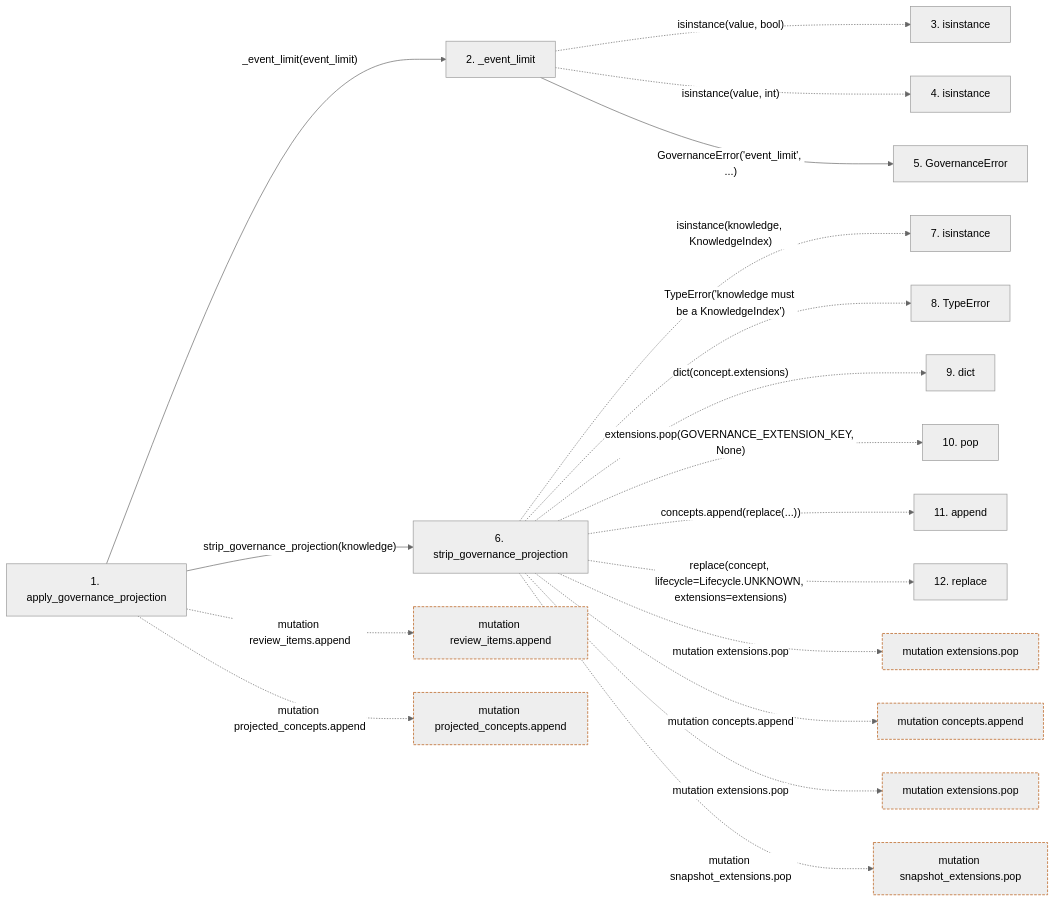
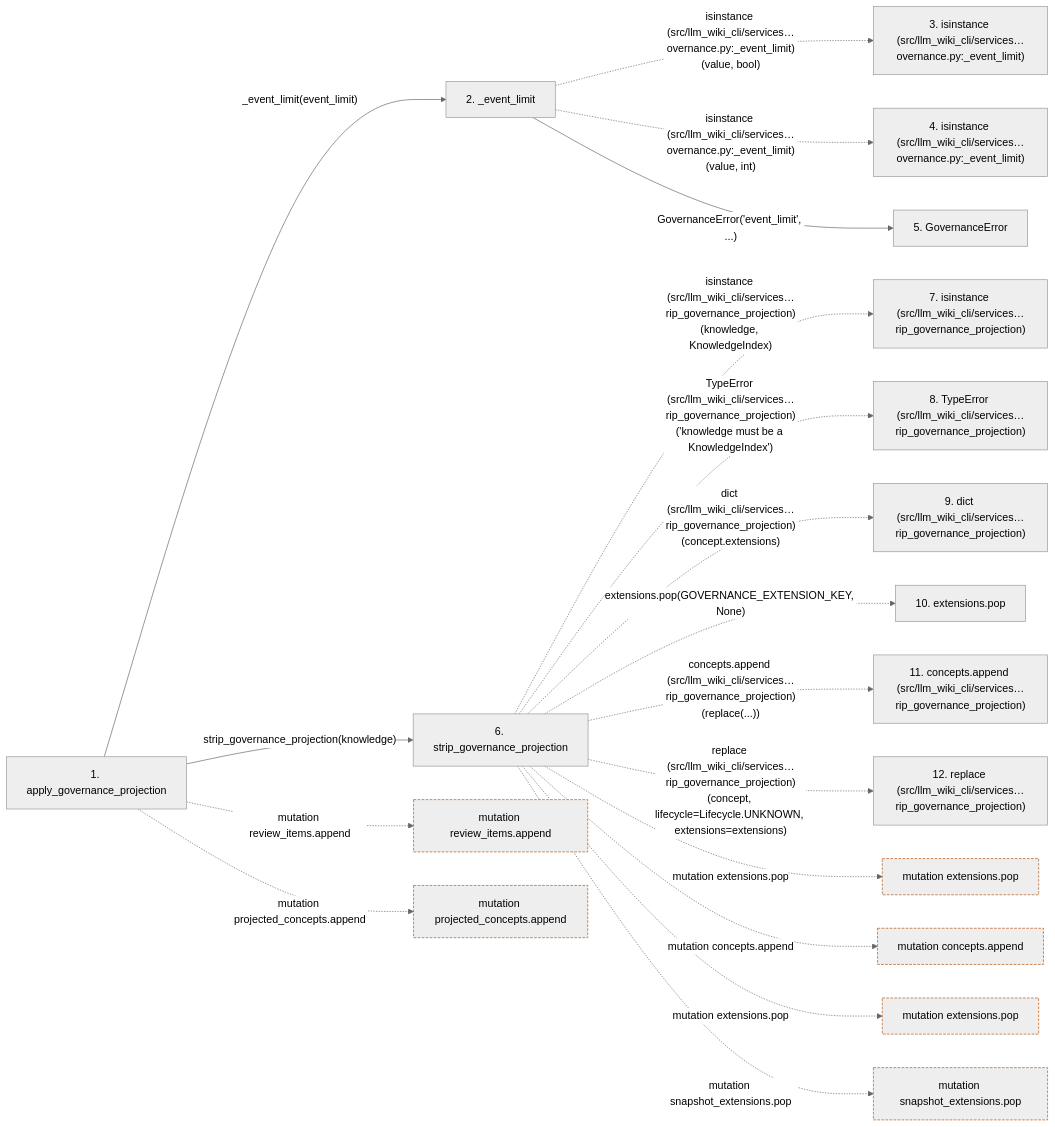
The second of 2 diagrams in docs/llm_wiki/flows/api-apply_governance_projection.md (Denissvgn/python-wiki-llm), drawn with Mermaid (neutral theme) before and after one commit. The commit also changed other lines of this file and 719 other files, not shown here.

````diff
--- a/docs/llm_wiki/flows/api-apply_governance_projection.md
+++ b/docs/llm_wiki/flows/api-apply_governance_projection.md
@@ -78,49 +83,49 @@
 ```mermaid
 flowchart LR
     s1["1. apply_governance_projection"]
     s2["2. _event_limit"]
-    s3["3. isinstance"]
-    s4["4. isinstance"]
+    s3["3. isinstance (src/llm_wiki_cli/services…overnance.py:_event_limit)"]
+    s4["4. isinstance (src/llm_wiki_cli/services…overnance.py:_event_limit)"]
     s5["5. GovernanceError"]
     s6["6. strip_governance_projection"]
-    s7["7. isinstance"]
-    s8["8. TypeError"]
-    s9["9. dict"]
-    s10["10. pop"]
-    s11["11. append"]
-    s12["12. replace"]
+    s7["7. isinstance (src/llm_wiki_cli/services…rip_governance_projection)"]
+    s8["8. TypeError (src/llm_wiki_cli/services…rip_governance_projection)"]
+    s9["9. dict (src/llm_wiki_cli/services…rip_governance_projection)"]
+    s10["10. extensions.pop"]
+    s11["11. concepts.append (src/llm_wiki_cli/services…rip_governance_projection)"]
+    s12["12. replace (src/llm_wiki_cli/services…rip_governance_projection)"]
     s1 -->|"_event_limit(event_limit)"| s2
-    s2 -. "isinstance(value, bool)" .-> s3
-    s2 -. "isinstance(value, int)" .-> s4
+    s2 -. "isinstance (src/llm_wiki_cli/services…overnance.py:_event_limit)(value, bool)" .-> s3
+    s2 -. "isinstance (src/llm_wiki_cli/services…overnance.py:_event_limit)(value, int)" .-> s4
     s2 -->|"GovernanceError('event_limit', ...)"| s5
     s1 -->|"strip_governance_projection(knowledge)"| s6
-    s6 -. "isinstance(knowledge, KnowledgeIndex)" .-> s7
-    s6 -. "TypeError('knowledge must be a KnowledgeIndex')" .-> s8
-    s6 -. "dict(concept.extensions)" .-> s9
+    s6 -. "isinstance (src/llm_wiki_cli/services…rip_governance_projection)(knowledge, KnowledgeIndex)" .-> s7
+    s6 -. "TypeError (src/llm_wiki_cli/services…rip_governance_projection)('knowledge must be a KnowledgeIndex')" .-> s8
+    s6 -. "dict (src/llm_wiki_cli/services…rip_governance_projection)(concept.extensions)" .-> s9
     s6 -. "extensions.pop(GOVERNANCE_EXTENSION_KEY, None)" .-> s10
-    s6 -. "concepts.append(replace(...))" .-> s11
-    s6 -. "replace(concept, lifecycle=Lifecycle.UNKNOWN, extensions=extensions)" .-> s12
+    s6 -. "concepts.append (src/llm_wiki_cli/services…rip_governance_projection)(replace(...))" .-> s11
+    s6 -. "replace (src/llm_wiki_cli/services…rip_governance_projection)(concept, lifecycle=Lifecycle.UNKNOWN, extensions=extensions)" .-> s12
     b0["mutation review_items.append"]
     s1 -. "mutation review_items.append" .-> b0
     b1["mutation projected_concepts.append"]
     s1 -. "mutation projected_concepts.append" .-> b1
     b2["mutation extensions.pop"]
     s6 -. "mutation extensions.pop" .-> b2
     b3["mutation concepts.append"]
     s6 -. "mutation concepts.append" .-> b3
     b4["mutation extensions.pop"]
     s6 -. "mutation extensions.pop" .-> b4
     b5["mutation snapshot_extensions.pop"]
     s6 -. "mutation snapshot_extensions.pop" .-> b5
     click s1 "../modules/knowledge_governance.md"
     click s2 "../modules/knowledge_governance.md"
     click s5 "../modules/knowledge_governance.md"
     click s6 "../modules/knowledge_governance.md"
     classDef boundary stroke:#b45309,stroke-dasharray: 4 2
     class b0 boundary
     class b1 boundary
     class b2 boundary
     class b3 boundary
     class b4 boundary
     class b5 boundary
 ```
````
